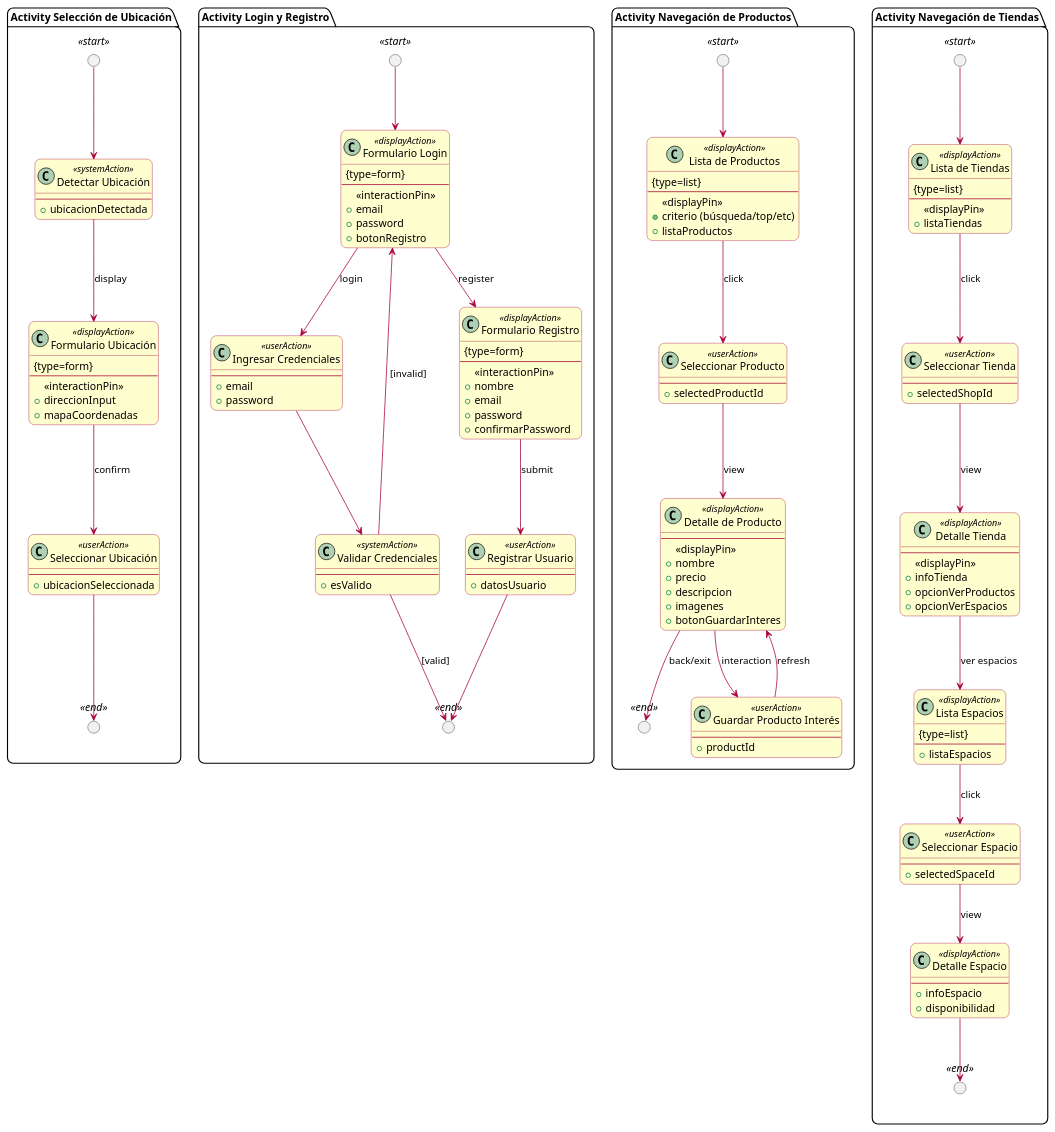
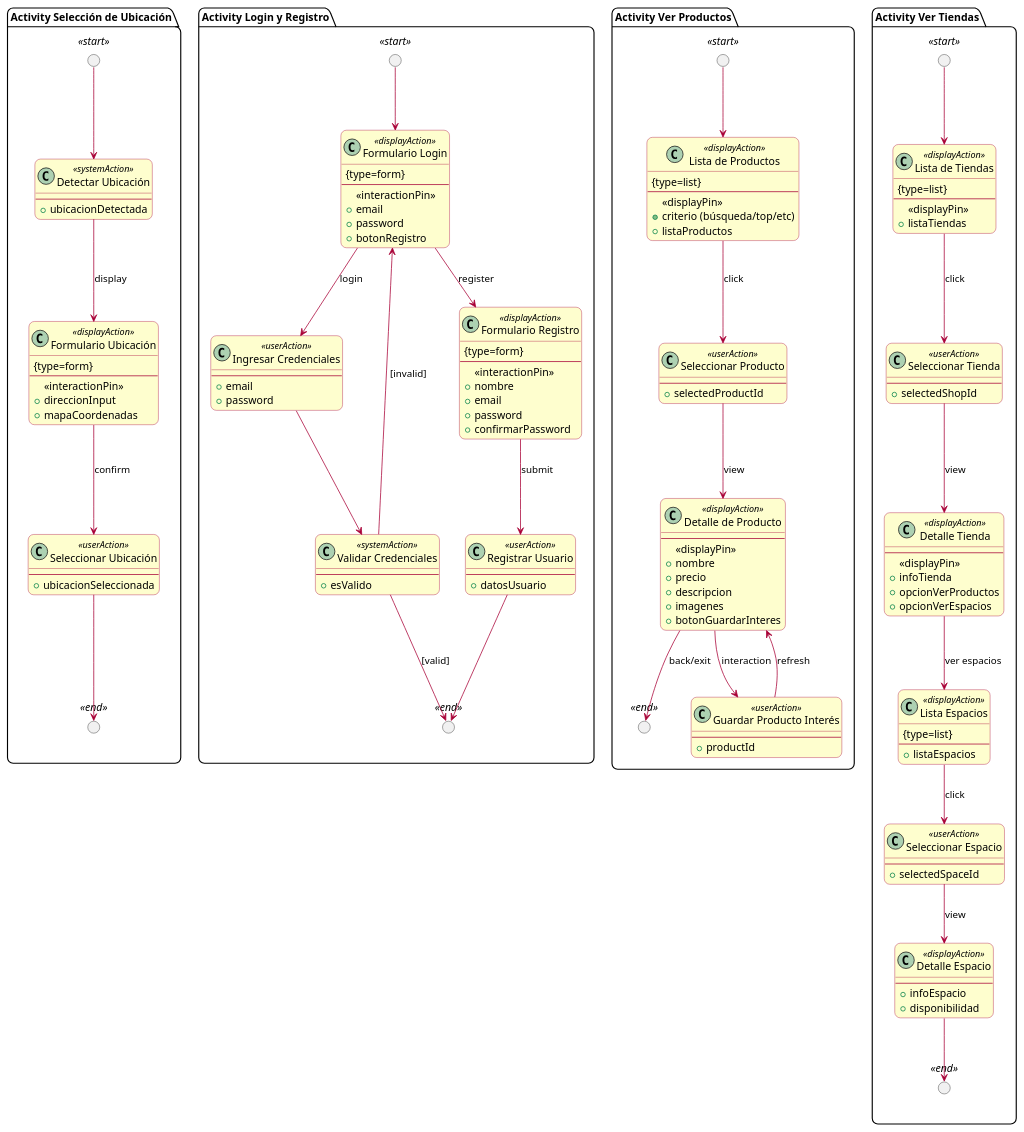
The diagram in Requirements Model/Activites/guest_user_activites.puml (AtomicDevelopers/UWE-Tienda-Colectiva), drawn with PlantUML before and after one commit. The commit also changed 2 other files, not shown here.

```diff
--- a/Requirements Model/Activites/guest_user_activites.puml
+++ b/Requirements Model/Activites/guest_user_activites.puml
@@ -1,195 +1,195 @@
 @startuml guest_user_activities
 allow_mixing
 
 skinparam shadow false
 skinparam roundCorner 15
 skinparam class {
   BackgroundColor #FEFECE
   BorderColor #A80036
   ArrowColor #A80036
 }
 skinparam circleBackgroundColor black
 
 ' 1. Selección de Ubicación
 package "Activity Selección de Ubicación" {
   circle " " as Loc_Start <<start>>
   circle " " as Loc_End <<end>>
 
   class "Detectar Ubicación" as Loc_Detect <<systemAction>> {
     --
     + ubicacionDetectada
   }
 
   class "Formulario Ubicación" as Loc_Form <<displayAction>> {
     {type=form}
     --
     <<interactionPin>>
     + direccionInput
     + mapaCoordenadas
   }
 
   class "Seleccionar Ubicación" as Loc_Select <<userAction>> {
     --
     + ubicacionSeleccionada
   }
 
   Loc_Start --> Loc_Detect
   Loc_Detect --> Loc_Form : display
   Loc_Form --> Loc_Select : confirm
   Loc_Select --> Loc_End
 }
 
 ' 2. Login y Registro
 package "Activity Login y Registro" {
   circle " " as Log_Start <<start>>
   circle " " as Log_End <<end>>
 
   class "Formulario Login" as Log_Form <<displayAction>> {
     {type=form}
     --
     <<interactionPin>>
     + email
     + password
     + botonRegistro
   }
 
   class "Ingresar Credenciales" as Log_Input <<userAction>> {
     --
     + email
     + password
   }
 
   class "Validar Credenciales" as Log_Validate <<systemAction>> {
     --
     + esValido
   }
 
   class "Formulario Registro" as Reg_Form <<displayAction>> {
     {type=form}
     --
     <<interactionPin>>
     + nombre
     + email
     + password
     + confirmarPassword
   }
 
   class "Registrar Usuario" as Reg_Action <<userAction>> {
     --
     + datosUsuario
   }
 
   Log_Start --> Log_Form
   Log_Form --> Log_Input : login
   Log_Form --> Reg_Form : register
   
   Log_Input --> Log_Validate
   Log_Validate --> Log_End : [valid]
   Log_Validate --> Log_Form : [invalid]
 
   Reg_Form --> Reg_Action : submit
   Reg_Action --> Log_End
 }
 
-' 3. Navegación de Productos (Más Vendidos, Búsqueda, Interés)
-package "Activity Navegación de Productos" {
+' 3. Ver Productos (Más Vendidos, Búsqueda, Interés)
+package "Activity Ver Productos" {
   circle " " as Prod_Start <<start>>
   circle " " as Prod_End <<end>>
 
   class "Lista de Productos" as Prod_List <<displayAction>> {
     {type=list}
     --
     <<displayPin>>
     + criterio (búsqueda/top/etc)
     + listaProductos
   }
 
   class "Seleccionar Producto" as Prod_Select <<userAction>> {
     --
     + selectedProductId
   }
 
   class "Detalle de Producto" as Prod_Detail <<displayAction>> {
     --
     <<displayPin>>
     + nombre
     + precio
     + descripcion
     + imagenes
     + botonGuardarInteres
   }
 
   class "Guardar Producto Interés" as Prod_Save <<userAction>> {
     --
     + productId
   }
 
   Prod_Start --> Prod_List
   Prod_List --> Prod_Select : click
   Prod_Select --> Prod_Detail : view
   
   Prod_Detail --> Prod_Save : interaction
   Prod_Save --> Prod_Detail : refresh
   
   Prod_Detail --> Prod_End : back/exit
 }
 
-' 4. Navegación de Tiendas (Tiendas -> Espacios/Productos)
-package "Activity Navegación de Tiendas" {
+' 4. Ver Tiendas (Tiendas -> Espacios/Productos)
+package "Activity Ver Tiendas" {
   circle " " as Shop_Start <<start>>
   circle " " as Shop_End <<end>>
 
   class "Lista de Tiendas" as Shop_List <<displayAction>> {
     {type=list}
     --
     <<displayPin>>
     + listaTiendas
   }
 
   class "Seleccionar Tienda" as Shop_Select <<userAction>> {
     --
     + selectedShopId
   }
 
   class "Detalle Tienda" as Shop_Detail <<displayAction>> {
     --
     <<displayPin>>
     + infoTienda
     + opcionVerProductos
     + opcionVerEspacios
   }
 
   ' Rama Espacios
   class "Lista Espacios" as Space_List <<displayAction>> {
     {type=list}
     --
     + listaEspacios
   }
 
   class "Seleccionar Espacio" as Space_Select <<userAction>> {
     --
     + selectedSpaceId
   }
 
   class "Detalle Espacio" as Space_Detail <<displayAction>> {
     --
     + infoEspacio
     + disponibilidad
   }
 
   Shop_Start --> Shop_List
   Shop_List --> Shop_Select : click
   Shop_Select --> Shop_Detail : view
 
   ' Ramificación
   Shop_Detail --> Space_List : ver espacios
   
   ' Nota: La rama de productos conecta conceptualmente con "Navegación de Productos"
   ' pero aquí se modela la decisión de navegación.
   
   Space_List --> Space_Select : click
   Space_Select --> Space_Detail : view
   Space_Detail --> Shop_End
 }
 
 @enduml
```
